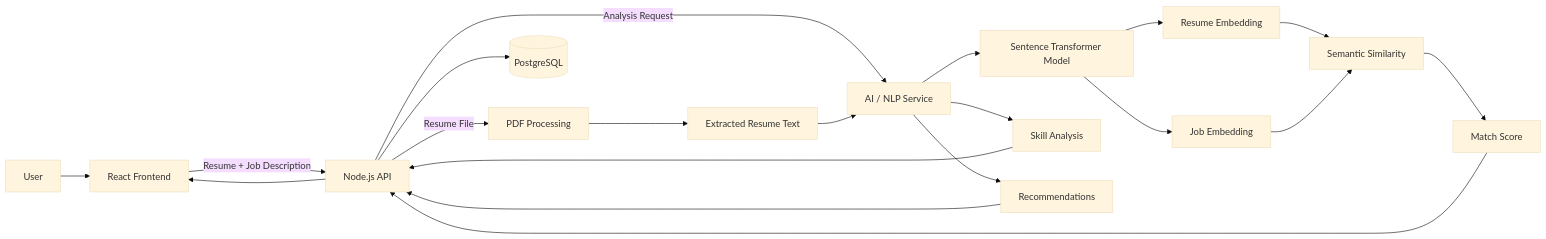
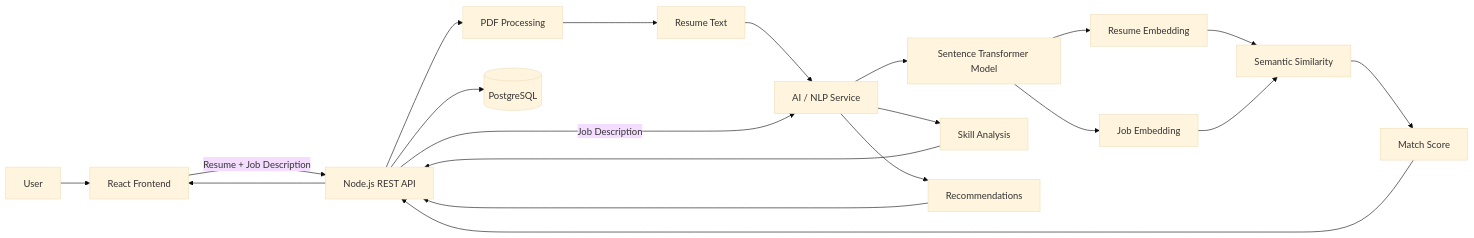
One commit to rachana1707-S/AI-Resume-Analyzer changed the first of 2 diagrams in README.md. Above: the diagram before and after it, drawn with Mermaid (base theme). The commit also changed other lines of this file, not shown here.

````diff
--- a/README.md
+++ b/README.md
@@ -201,32 +219,37 @@
 ```mermaid
 flowchart LR
-    U[User] --> F[React Frontend]
+    USER[User]
 
-    F -->|Resume + Job Description| B[Node.js API]
+    USER --> UI[React Frontend]
 
-    B -->|Resume File| P[PDF Processing]
-    B -->|Analysis Request| AI[AI / NLP Service]
+    UI -->|Resume + Job Description| API[Node.js REST API]
 
-    P --> T[Extracted Resume Text]
-    T --> AI
+    API --> PDF[PDF Processing]
 
-    AI --> ST[Sentence Transformer Model]
+    PDF --> TEXT[Resume Text]
 
-    ST --> E1[Resume Embedding]
-    ST --> E2[Job Embedding]
+    TEXT --> AI[AI / NLP Service]
 
-    E1 --> S[Semantic Similarity]
-    E2 --> S
+    API -->|Job Description| AI
 
-    S --> R[Match Score]
-    AI --> SK[Skill Analysis]
+    AI --> MODEL[Sentence Transformer Model]
+
+    MODEL --> RE[Resume Embedding]
+    MODEL --> JE[Job Embedding]
+
+    RE --> SIM[Semantic Similarity]
+    JE --> SIM
+
+    SIM --> SCORE[Match Score]
+
+    AI --> SKILLS[Skill Analysis]
     AI --> REC[Recommendations]
 
-    B --> DB[(PostgreSQL)]
+    API --> DB[(PostgreSQL)]
 
-    R --> B
-    SK --> B
-    REC --> B
+    SCORE --> API
+    SKILLS --> API
+    REC --> API
 
-    B --> F
+    API --> UI
 ```
````
